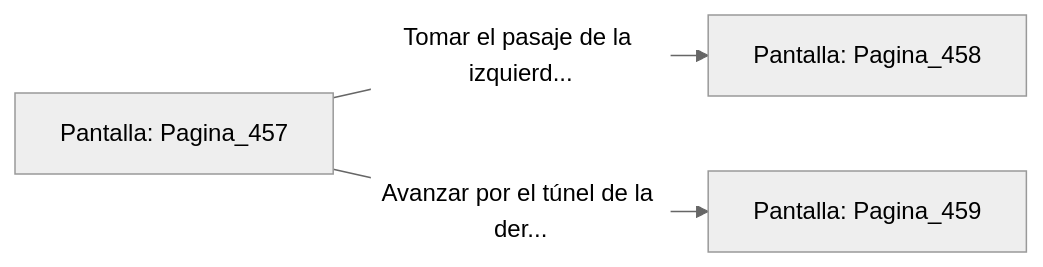
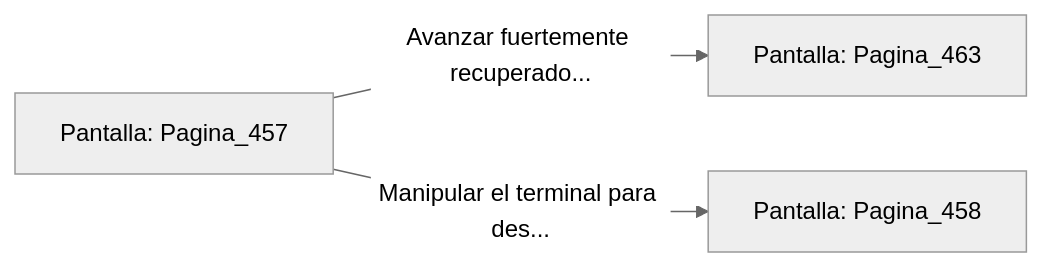
One commit to metsuke/mpl changed the diagram in sample/eligejuego-vault/Pantalla_Pagina_457.md. Above: the diagram before and after it, drawn with Mermaid (neutral theme). The commit also changed other lines of this file and 635 other files, not shown here.

First line of the commit message:
fix: añadir Pagina_1 como pantalla inicial en capitulo_01.mpl

````diff
--- a/sample/eligejuego-vault/Pantalla_Pagina_457.md
+++ b/sample/eligejuego-vault/Pantalla_Pagina_457.md
@@ -20,6 +24,6 @@
 ```mermaid
 graph LR
     P_Pagina_457["Pantalla: Pagina_457"]
-    P_Pagina_457 -->|"Tomar el pasaje de la izquierd..."| P_Pagina_458["Pantalla: Pagina_458"]
-    P_Pagina_457 -->|"Avanzar por el túnel de la der..."| P_Pagina_459["Pantalla: Pagina_459"]
+    P_Pagina_457 -->|"Avanzar fuertemente recuperado..."| P_Pagina_463["Pantalla: Pagina_463"]
+    P_Pagina_457 -->|"Manipular el terminal para des..."| P_Pagina_458["Pantalla: Pagina_458"]
 ```
````
